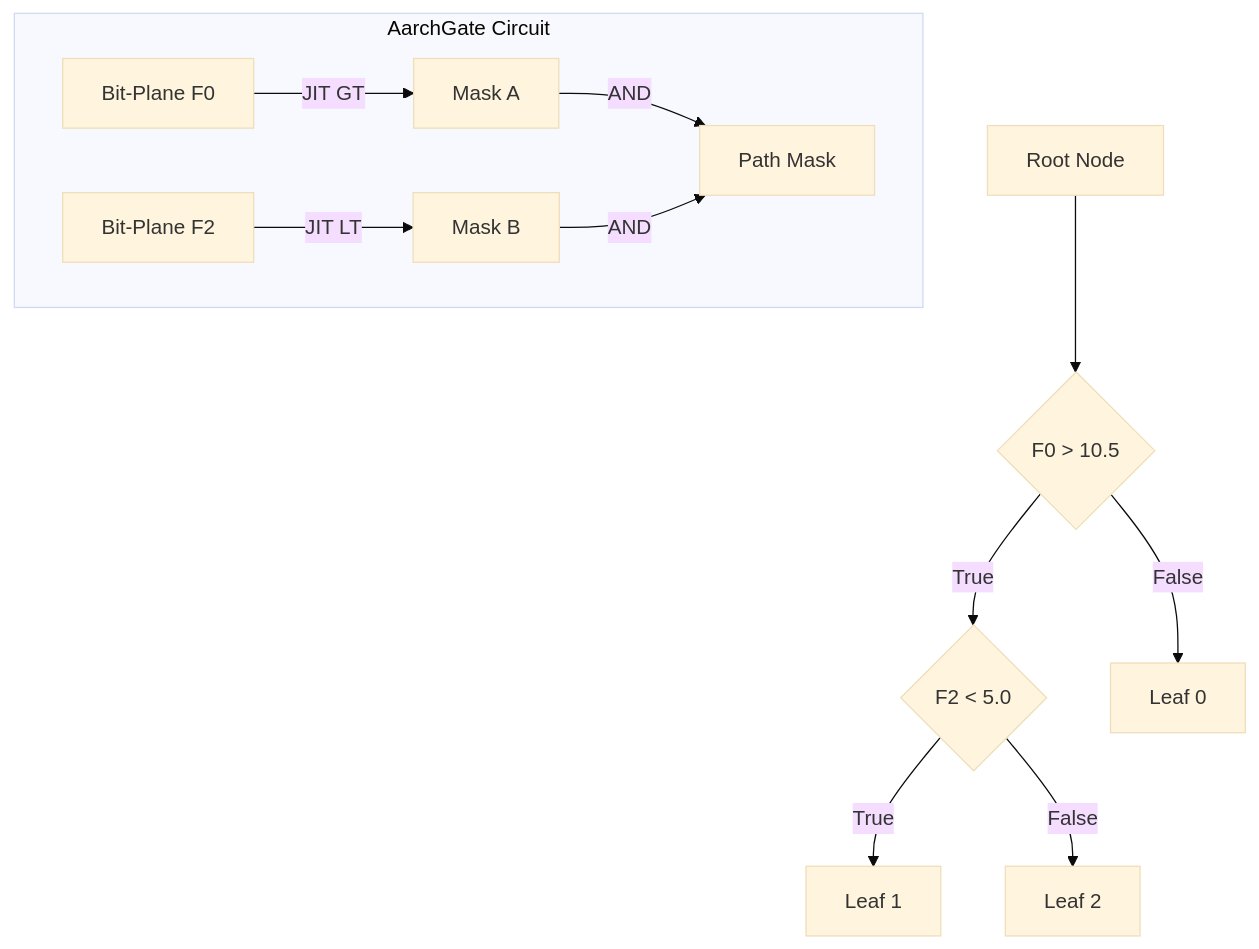
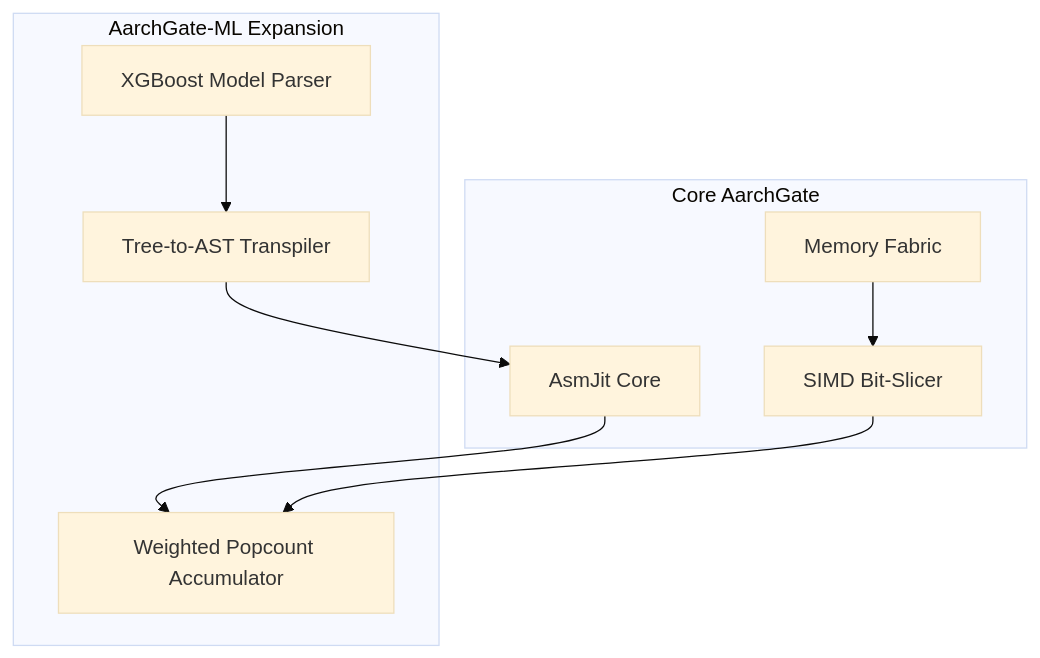
The seventh of 11 diagrams in research/paper.md (Suprath/AarchGate), drawn with Mermaid (base theme) before and after one commit. The commit also changed other lines of this file, not shown here.

Commit message:
docs: expand AarchGate-ML implementation details and integration architecture

````diff
--- a/research/paper.md
+++ b/research/paper.md
@@ -467,14 +438,20 @@
 ```mermaid
 graph TD
-    A["Root Node"] --> B{"F0 > 10.5"}
-    B -- True --> C{"F2 < 5.0"}
-    B -- False --> D["Leaf 0"]
-    C -- True --> E["Leaf 1"]
-    C -- False --> F["Leaf 2"]
-
-    subgraph "AarchGate Circuit"
-    G["Bit-Plane F0"] -- "JIT GT" --> H["Mask A"]
-    I["Bit-Plane F2"] -- "JIT LT" --> J["Mask B"]
-    H & J -- "AND" --> K["Path Mask"]
+    subgraph "Core AarchGate"
+    A["SIMD Bit-Slicer"]
+    B["AsmJit Core"]
+    C["Memory Fabric"]
     end
+    
+    subgraph "AarchGate-ML Expansion"
+    D["XGBoost Model Parser"]
+    E["Tree-to-AST Transpiler"]
+    F["Weighted Popcount Accumulator"]
+    end
+    
+    D --> E
+    E --> B
+    C --> A
+    A --> F
+    B --> F
 ```
````
